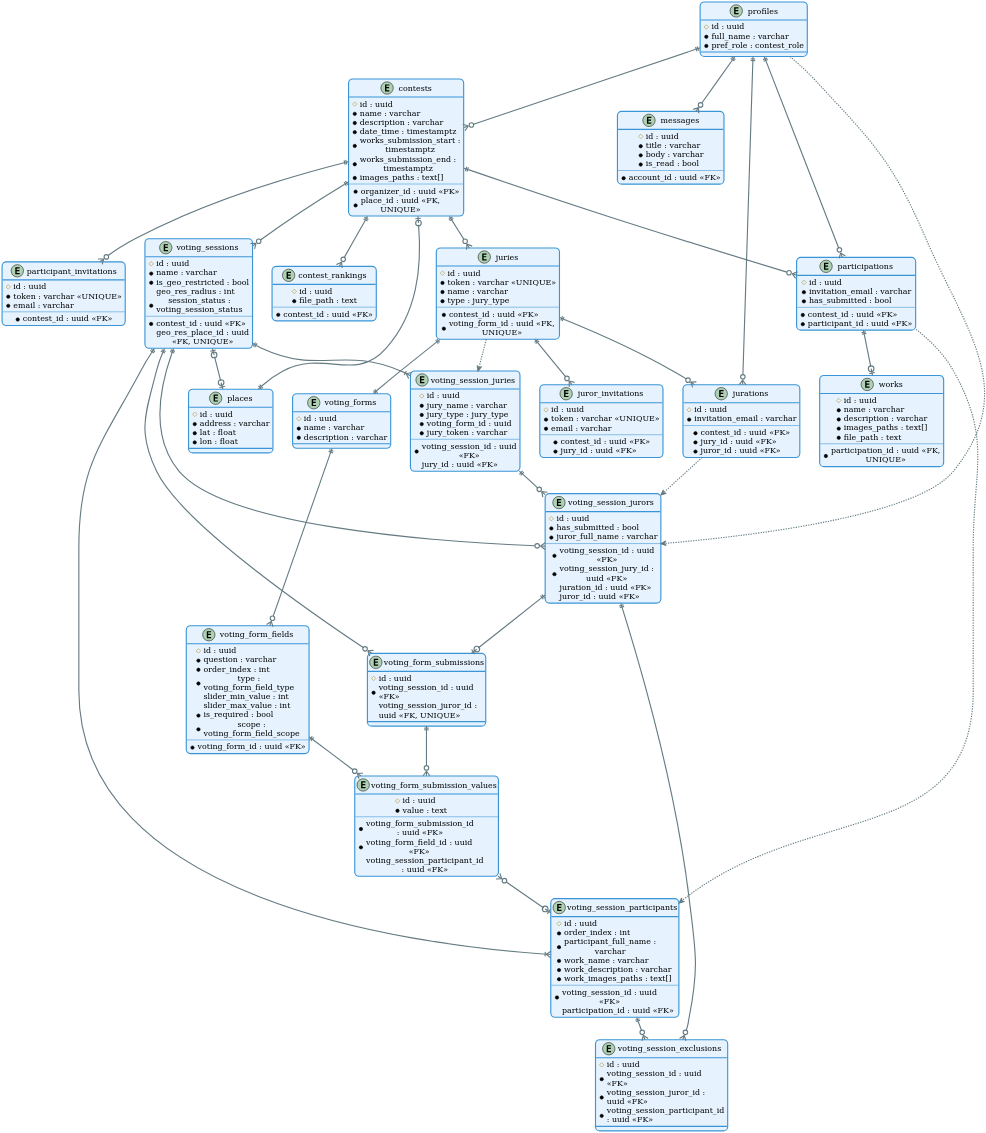
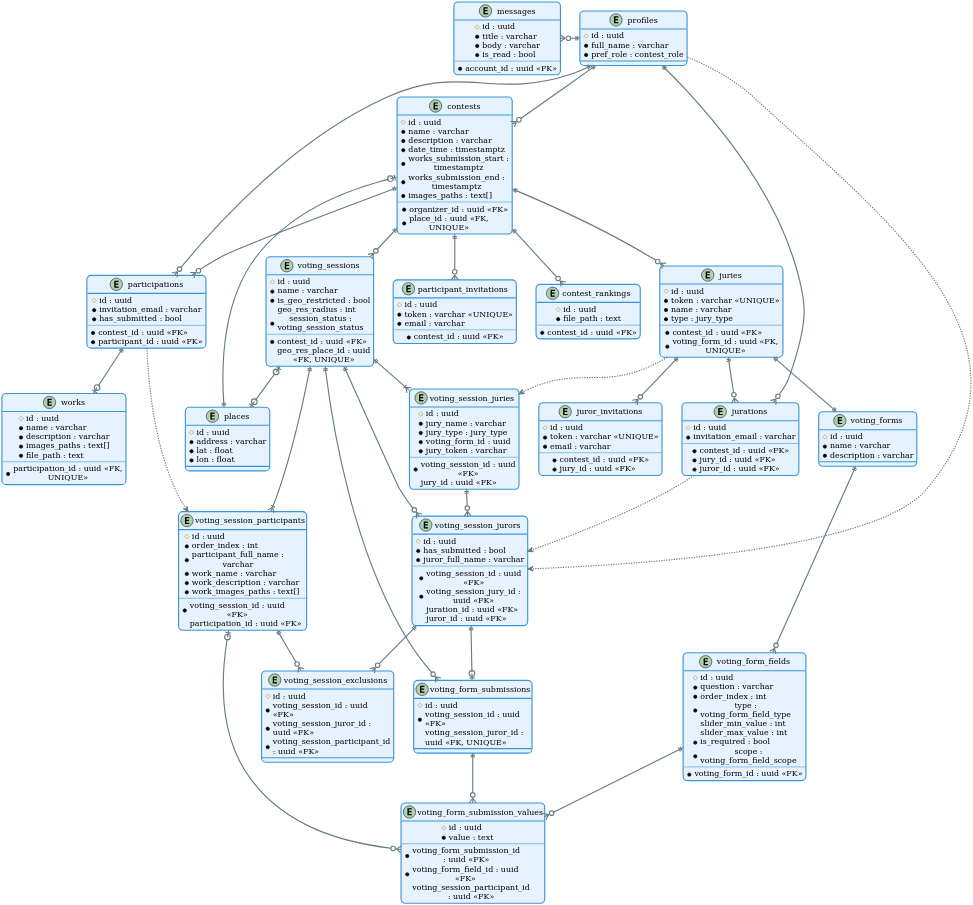
The diagram in thesis/diagrams/src/database.puml (TMoretta/Swift-Contest), drawn with PlantUML before and after one commit. The commit also changed 61 other files, not shown here.

```diff
--- a/thesis/diagrams/src/database.puml
+++ b/thesis/diagrams/src/database.puml
@@ -211,7 +211,7 @@
 ' =======================================
 
 ' --- Core Relationships ---
-Profiles ||--o{ Messages
+Profiles ||-l-o{ Messages
 Profiles ||--o{ Contests
 Contests |o--|| Places
 
@@ -251,11 +251,11 @@
 Jurations ..> VSJurors
 Profiles ..> VSJurors
 Participations ..> VSParticipants
-SubmissionValues }o--o| VSParticipants
+SubmissionValues }o-u-o| VSParticipants
 
 ' --- Exclusions ---
-VSJurors ||--o{ VSExclusions
-VSParticipants ||--o{ VSExclusions
+VSJurors ||-d-o{ VSExclusions
+VSParticipants ||-r-o{ VSExclusions
 
 ' --- Rankings ---
 Contests ||--o{ Rankings
```
